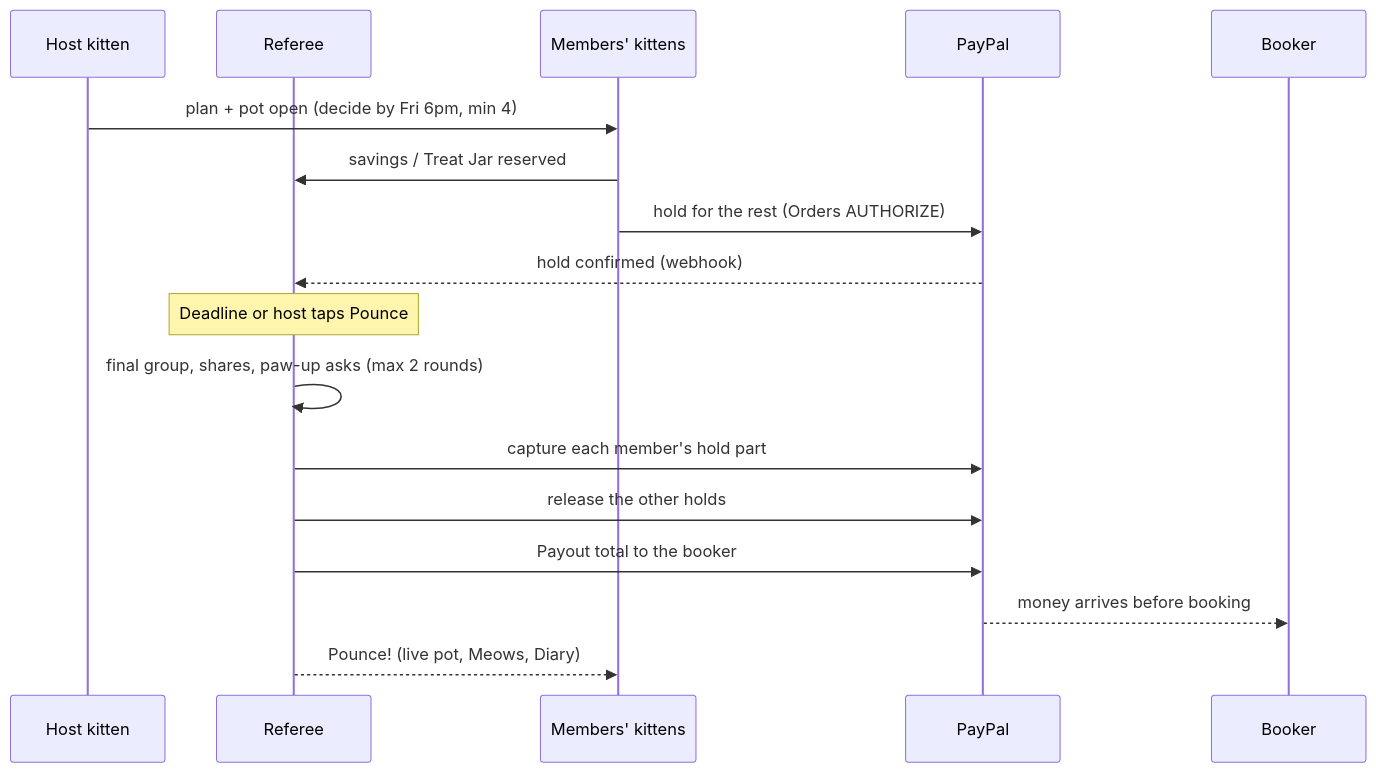
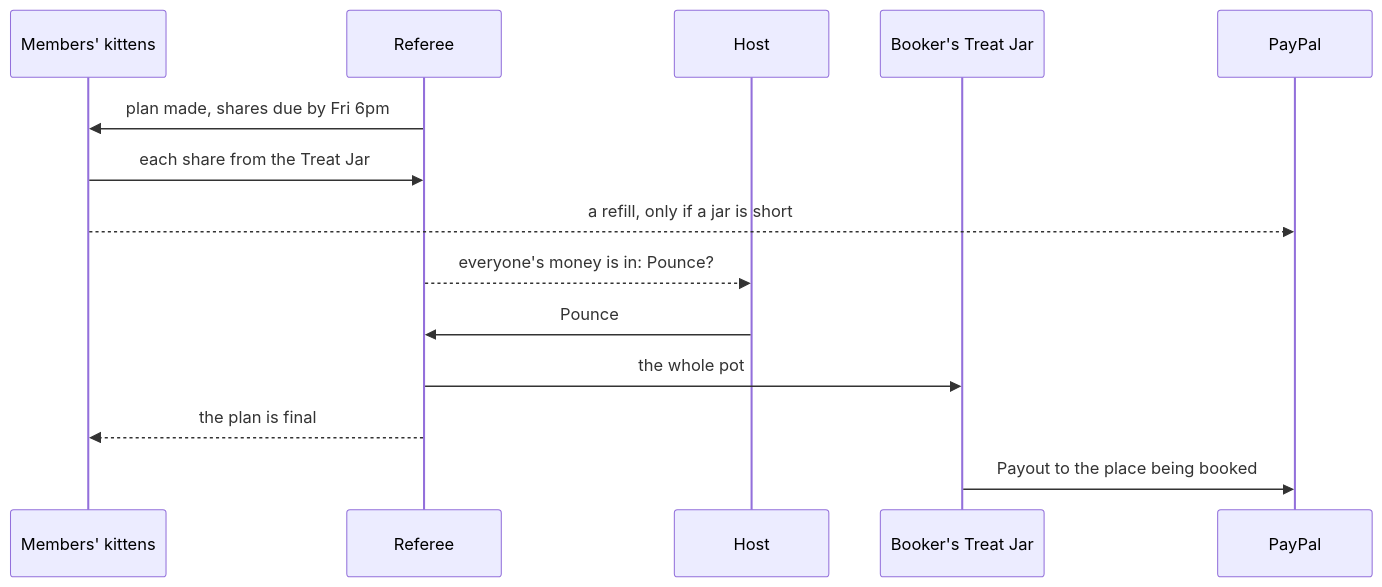
Before and after one commit to ansh-varshney/kitty: the third of 3 diagrams in prd-source/Kitty-PRD.md, drawn with Mermaid. The commit also changed other lines of this file and 108 other files, not shown here.

````diff
--- a/prd-source/Kitty-PRD.md
+++ b/prd-source/Kitty-PRD.md
@@ -795,19 +830,16 @@
 ```mermaid
 sequenceDiagram
-  participant H as Host kitten
+  participant K as Members' kittens
   participant R as Referee
-  participant K as Members' kittens
+  participant H as Host
+  participant B as Booker's Treat Jar
   participant PP as PayPal
-  participant B as Booker
-  H->>K: plan + pot open (decide by Fri 6pm, min 4)
-  K->>R: savings / Treat Jar reserved
-  K->>PP: hold for the rest (Orders AUTHORIZE)
-  PP-->>R: hold confirmed (webhook)
-  Note over R: Deadline or host taps Pounce
-  R->>R: final group, shares, paw-up asks (max 2 rounds)
-  R->>PP: capture each member's hold part
-  R->>PP: release the other holds
-  R->>PP: Payout total to the booker
-  PP-->>B: money arrives before booking
-  R-->>K: Pounce! (live pot, Meows, Diary)
+  R->>K: plan made, shares due by Fri 6pm
+  K->>R: each share from the Treat Jar
+  K-->>PP: a refill, only if a jar is short
+  R-->>H: everyone's money is in: Pounce?
+  H->>R: Pounce
+  R->>B: the whole pot
+  R-->>K: the plan is final
+  B->>PP: Payout to the place being booked
 ```
````
